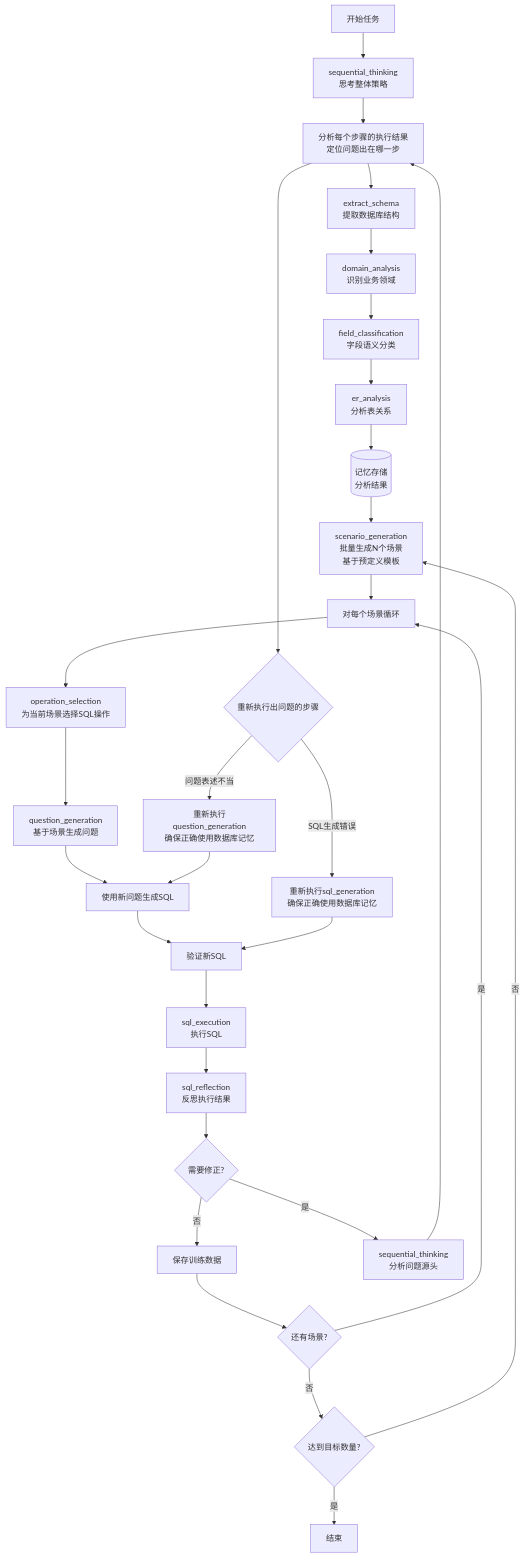
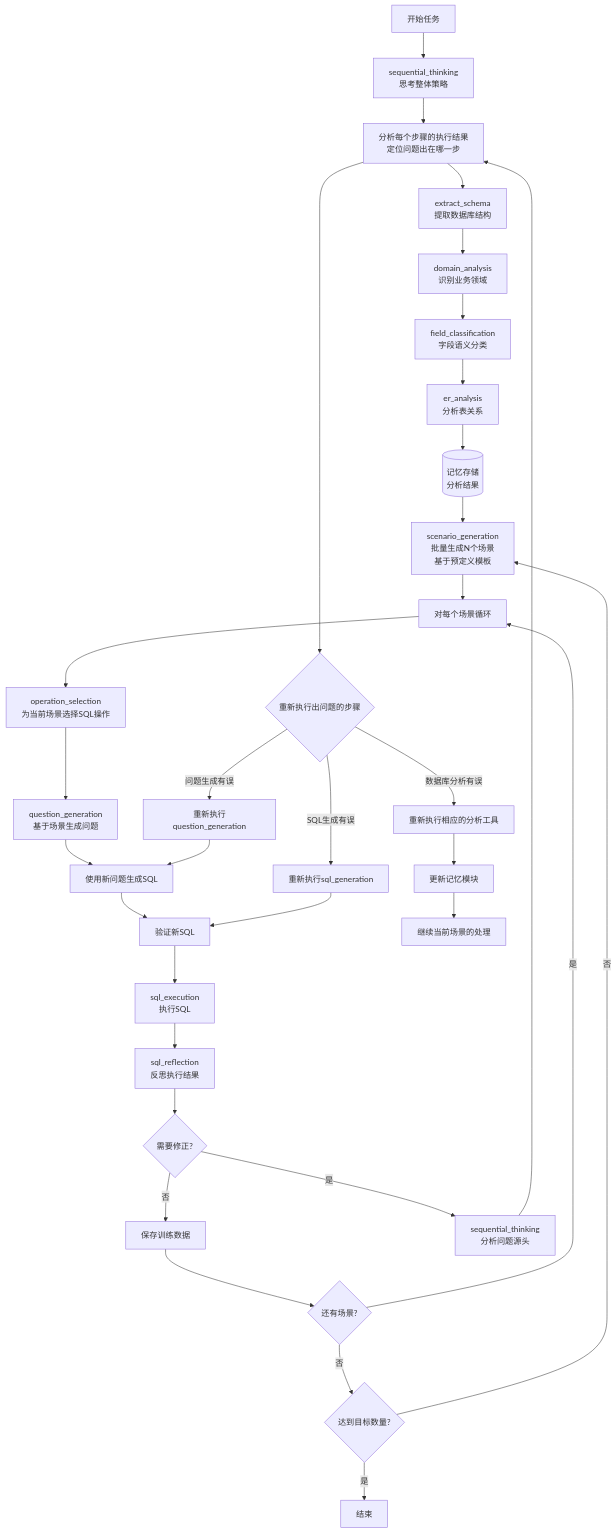
One commit to lizhenping/SemanticSQL-Agent changed the diagram in semanticsql-agent/.doc/semanticsql-agent_DESIGN_SPEC.md. Above: the diagram before and after it, drawn with Mermaid. The commit also changed other lines of this file, not shown here.

Commit message:
Refine design spec: improve error handling and memory module workflow

````diff
--- a/semanticsql-agent/.doc/semanticsql-agent_DESIGN_SPEC.md
+++ b/semanticsql-agent/.doc/semanticsql-agent_DESIGN_SPEC.md
@@ -70,40 +70,43 @@
 ```mermaid
 graph TB
     Start[开始任务] --> Think1[sequential_thinking<br/>思考整体策略]
     Think1 --> Analyze[数据库分析阶段<br/>只执行一次]
     
     Analyze --> Schema[extract_schema<br/>提取数据库结构]
     Schema --> Domain[domain_analysis<br/>识别业务领域]
     Domain --> Field[field_classification<br/>字段语义分类]
     Field --> ER[er_analysis<br/>分析表关系]
     ER --> Memory[(记忆存储<br/>分析结果)]
     
     Memory --> ScenarioBatch[scenario_generation<br/>批量生成N个场景<br/>基于预定义模板]
     
     ScenarioBatch --> ScenarioLoop[对每个场景循环]
     ScenarioLoop --> Operation[operation_selection<br/>为当前场景选择SQL操作]
     Operation --> Question[question_generation<br/>基于场景生成问题]
     Question --> SQL[sql_generation<br/>生成SQL查询]
     SQL --> Validate[sql_validation<br/>验证SQL语法]
     Validate --> Execute[sql_execution<br/>执行SQL]
     Execute --> Reflect[sql_reflection<br/>反思执行结果]
     
     Reflect --> Judge{需要修正?}
     Judge -->|否| Save[保存训练数据]
     Judge -->|是| ThinkFix[sequential_thinking<br/>分析问题源头]
     
     ThinkFix --> Analyze[分析每个步骤的执行结果<br/>定位问题出在哪一步]
     
     Analyze --> ReDo{重新执行出问题的步骤}
-    ReDo -->|问题表述不当| ReQuestion[重新执行question_generation<br/>确保正确使用数据库记忆]
-    ReDo -->|SQL生成错误| ReSQL[重新执行sql_generation<br/>确保正确使用数据库记忆]
+    ReDo -->|数据库分析有误| ReAnalysis[重新执行相应的分析工具]
+    ReDo -->|问题生成有误| ReQuestion[重新执行question_generation]
+    ReDo -->|SQL生成有误| ReSQL[重新执行sql_generation]
     
+    ReAnalysis --> UpdateMemory[更新记忆模块]
+    UpdateMemory --> Continue[继续当前场景的处理]
     ReQuestion --> SQL[使用新问题生成SQL]
     ReSQL --> Validate[验证新SQL]
     
     Save --> NextScenario{还有场景?}
     NextScenario -->|是| ScenarioLoop
     NextScenario -->|否| CheckCount{达到目标数量?}
     CheckCount -->|否| ScenarioBatch
     CheckCount -->|是| End[结束]
 ```
````
